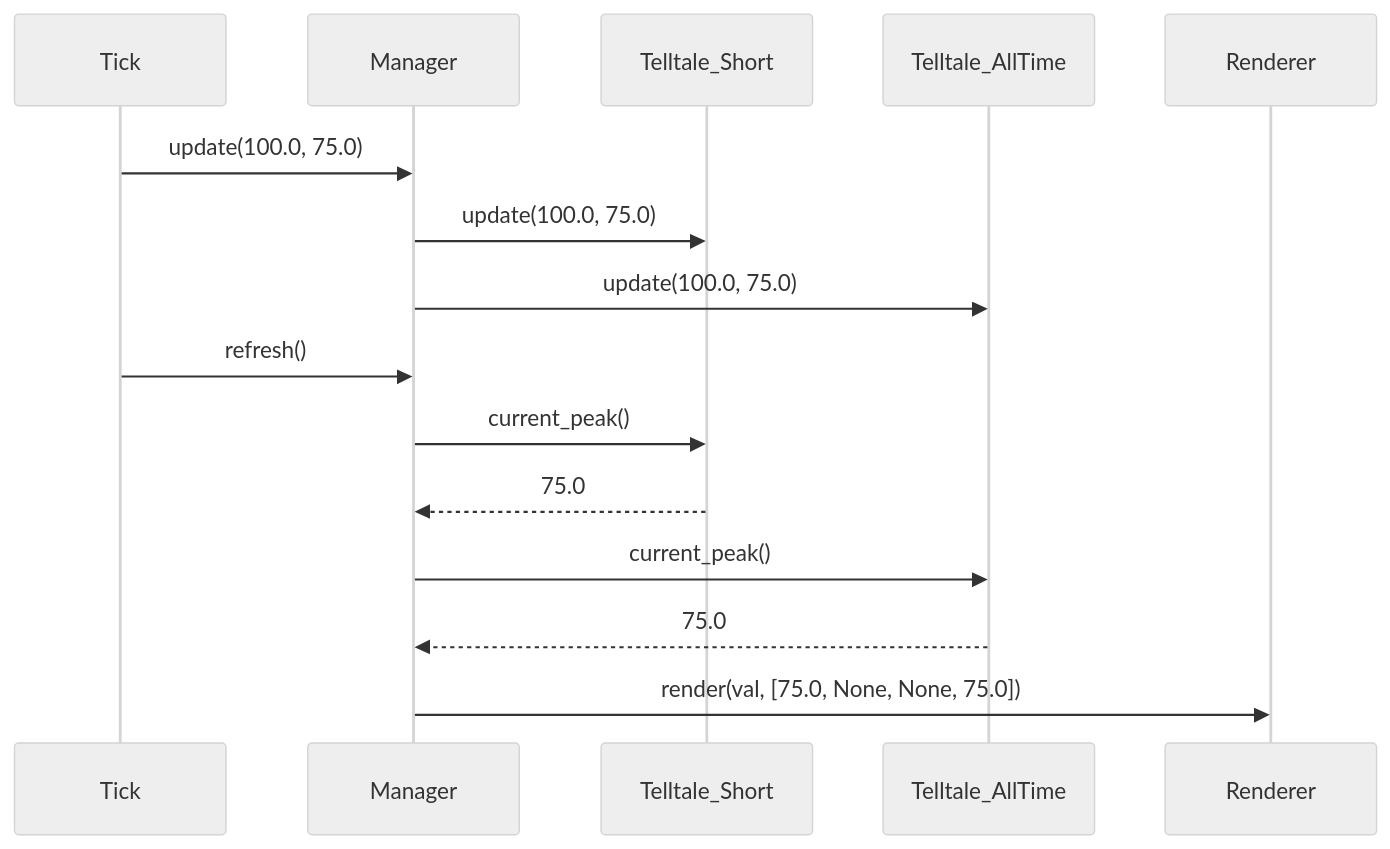
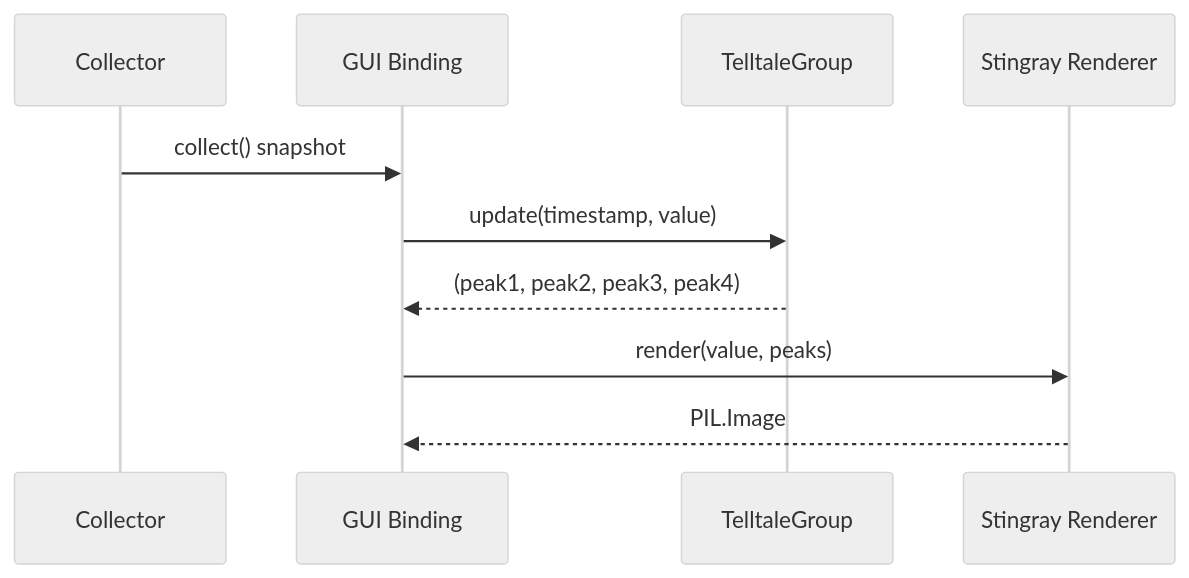
The diagram in docs/lld/active/LLD-002.md (martymcenroe/boostgauge), drawn with Mermaid (neutral theme) before and after one commit. The commit also changed other lines of this file, not shown here.

````diff
--- a/docs/lld/active/LLD-002.md
+++ b/docs/lld/active/LLD-002.md
@@ -195,20 +161,13 @@
 ```mermaid
 sequenceDiagram
-    participant Tick
-    participant Manager
-    participant Telltale_Short
-    participant Telltale_AllTime
-    participant Renderer
+    participant C as Collector
+    participant G as GUI Binding
+    participant TG as TelltaleGroup
+    participant R as Stingray Renderer
 
-    Tick->>Manager: update(100.0, 75.0)
-    Manager->>Telltale_Short: update(100.0, 75.0)
-    Manager->>Telltale_AllTime: update(100.0, 75.0)
-
-    Tick->>Manager: refresh()
-    Manager->>Telltale_Short: current_peak()
-    Telltale_Short-->>Manager: 75.0
-    Manager->>Telltale_AllTime: current_peak()
-    Telltale_AllTime-->>Manager: 75.0
-
-    Manager->>Renderer: render(val, [75.0, None, None, 75.0])
+    C->>G: collect() snapshot
+    G->>TG: update(timestamp, value)
+    TG-->>G: (peak1, peak2, peak3, peak4)
+    G->>R: render(value, peaks)
+    R-->>G: PIL.Image
 ```
````
